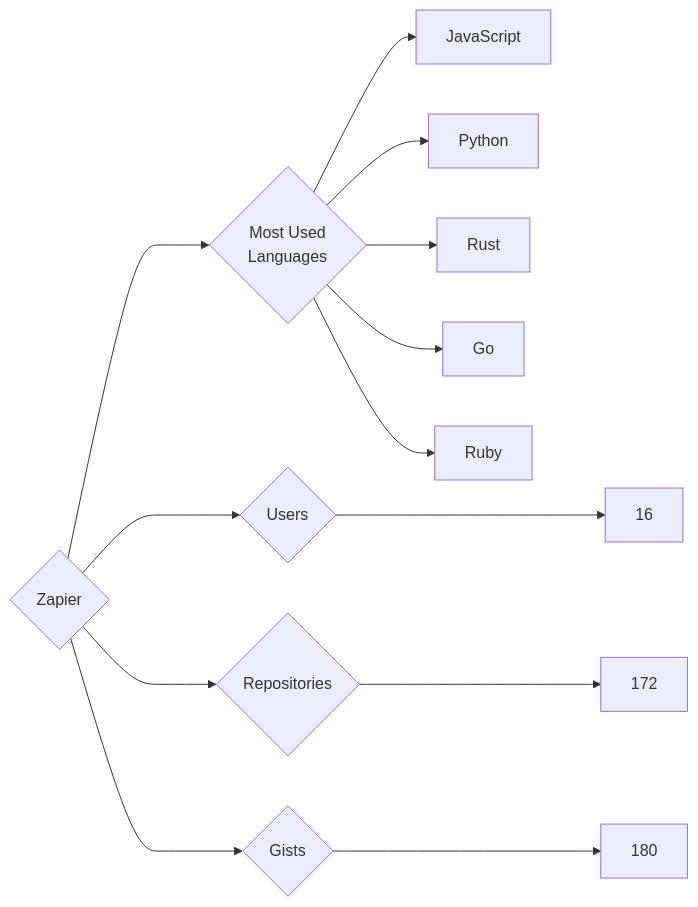
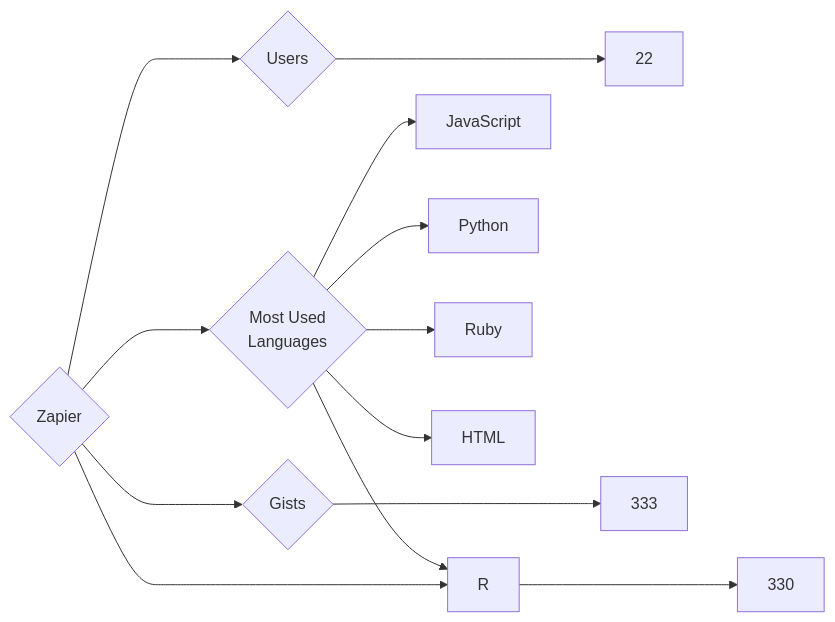
One commit to trickest/insiders changed the diagram in targets/Zapier/README.md. Above: the diagram before and after it, drawn with Mermaid. The commit also changed 728 other files, not shown here.

````diff
--- a/targets/Zapier/README.md
+++ b/targets/Zapier/README.md
@@ -3,13 +3,13 @@
 ```mermaid
 graph LR
 COMPANY_NAME{Zapier}
-COMPANY_NAME ---> U{Users} ---> UN[16]
-COMPANY_NAME ---> R{Repositories} ---> RN[172]
-COMPANY_NAME ---> G{Gists} ---> GN[180]
+COMPANY_NAME ---> U{Users} ---> UN[22]
+COMPANY_NAME ---> R{Repositories} ---> RN[330]
+COMPANY_NAME ---> G{Gists} ---> GN[333]
 COMPANY_NAME ---> ML{Most Used<br>Languages}
 ML --> JavaScript[JavaScript]
 ML --> Python[Python]
-ML --> Rust[Rust]
-ML --> Go[Go]
+ML --> R[R]
 ML --> Ruby[Ruby]
+ML --> HTML[HTML]
 ```
````
